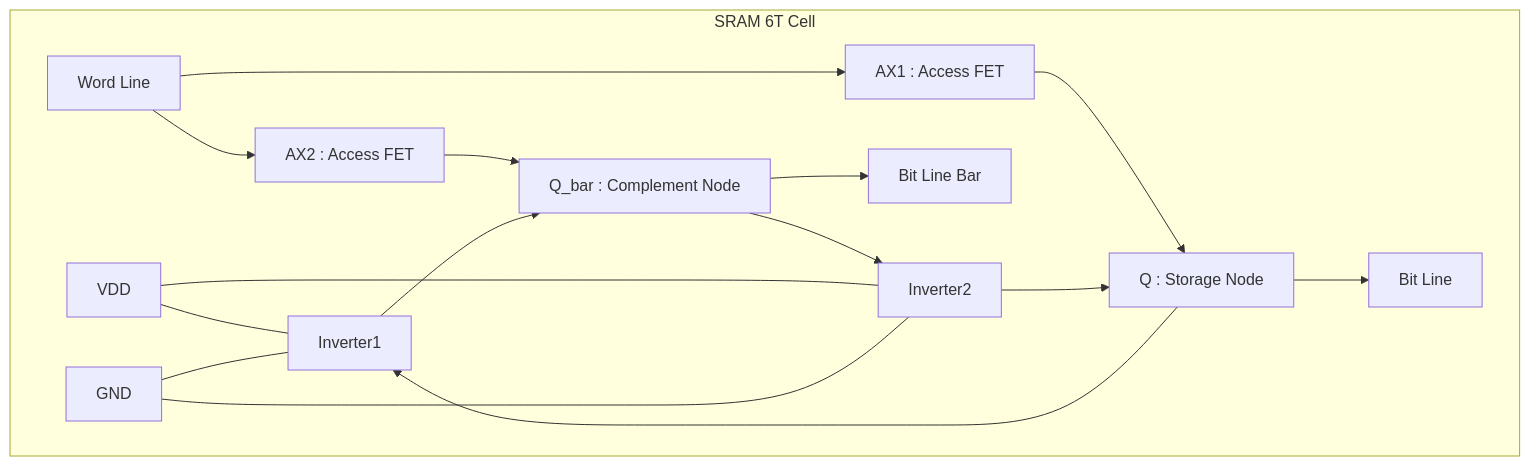
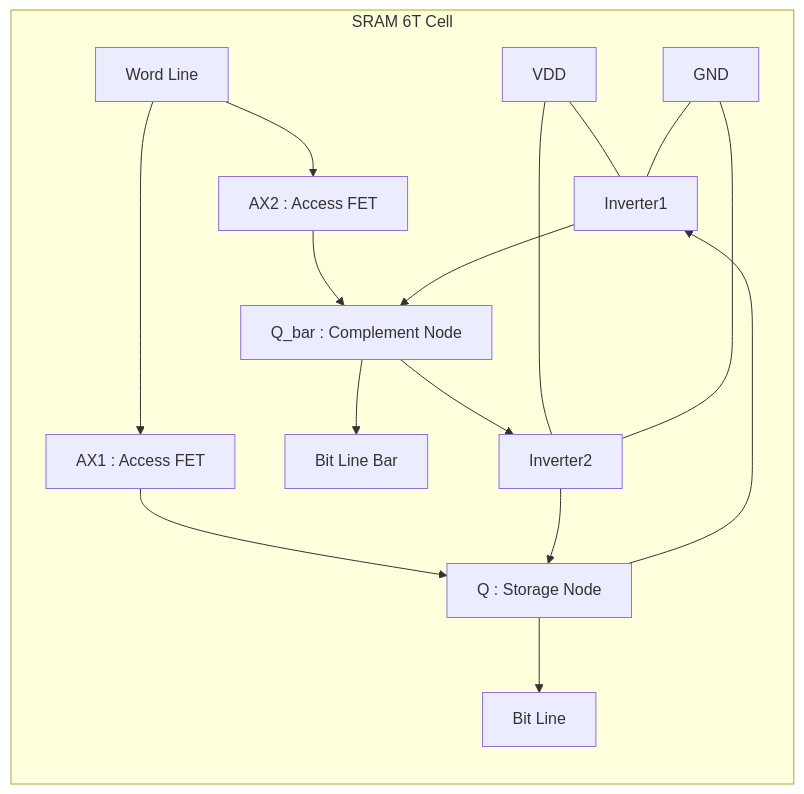
Before and after one commit to Samizo-AITL/Edusemi-v4x: the diagram in d_chapter1_memory_technologies/sram.md, drawn with Mermaid.

````diff
--- a/d_chapter1_memory_technologies/sram.md
+++ b/d_chapter1_memory_technologies/sram.md
@@ -29,35 +29,35 @@
 ```mermaid
-flowchart TB
+flowchart LR
     subgraph SRAM_Cell [SRAM 6T Cell]
         VDD[VDD]
         GND[GND]
 
         Q[Q : Storage Node]
         QB[Q_bar : Complement Node]
 
         BL[Bit Line]
         BLB[Bit Line Bar]
         WL[Word Line]
 
         %% Access transistors
         WL --> AX1[AX1 : Access FET]
         WL --> AX2[AX2 : Access FET]
 
         AX1 --> Q
         AX2 --> QB
         Q --> BL
         QB --> BLB
 
         %% Cross-coupled inverters
         Q --> INV1[Inverter1]
         INV1 --> QB
         QB --> INV2[Inverter2]
         INV2 --> Q
 
         %% Power connections
         VDD --- INV1
         GND --- INV1
         VDD --- INV2
         GND --- INV2
     end
 ```
````
